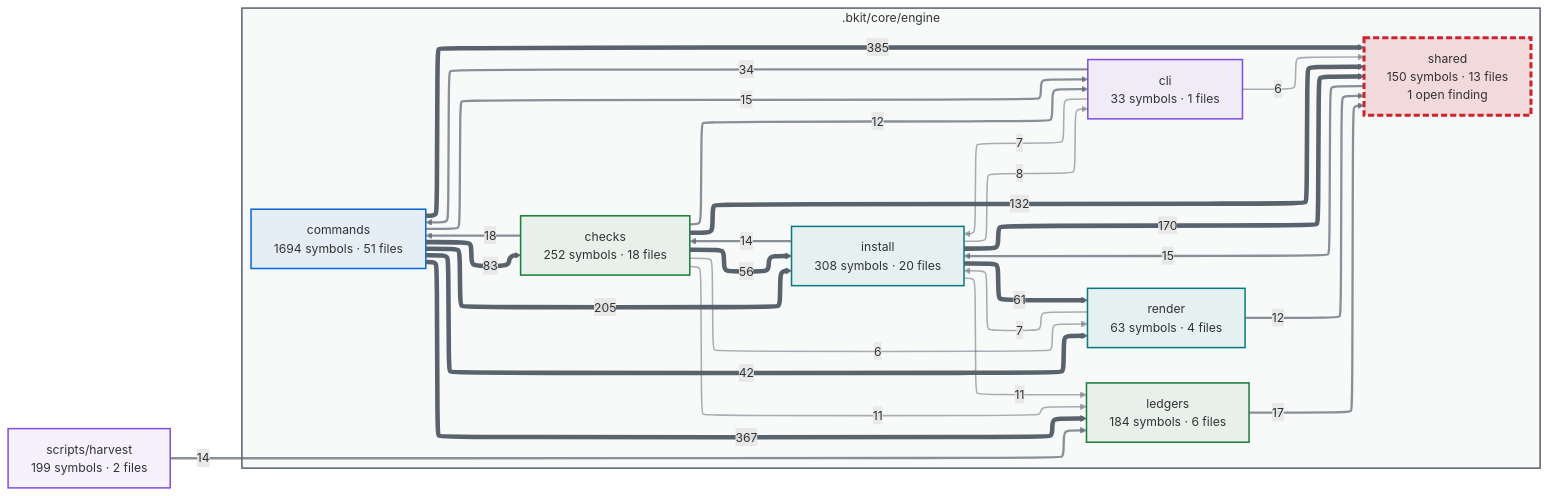
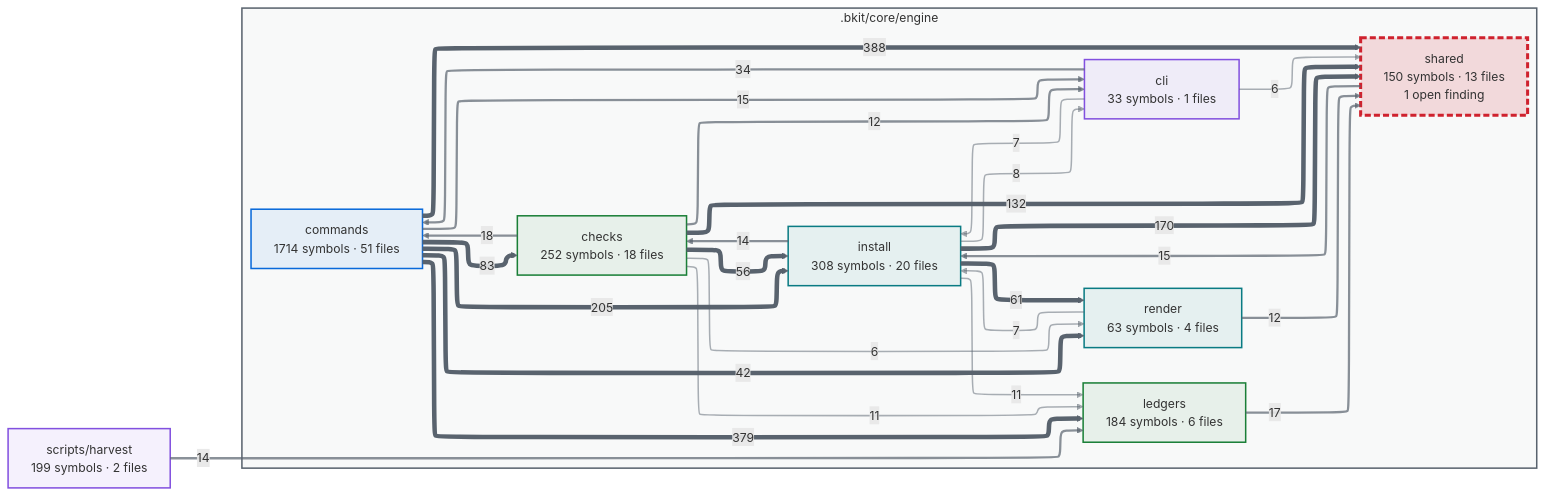
The first of 2 diagrams in docs/capabilities.md (cbartens/bkit), drawn with Mermaid before and after one commit. The commit also changed other lines of this file and 193 other files, not shown here.

````diff
--- a/docs/capabilities.md
+++ b/docs/capabilities.md
@@ -154,80 +154,80 @@
 ```mermaid
 ---
 config:
   layout: elk
   themeCSS: "marker { overflow: visible; } marker path { transform: scale(1.8); transform-origin: 5px 5px; }"
   flowchart:
     useMaxWidth: false
 ---
 flowchart LR
   %% Generated by bkit-graphify-rollup.py — do not edit
   subgraph gn_bkit_core_engine[".bkit/core/engine"]
     n_bkit_core_engine_checks["checks<br/>252 symbols · 18 files"]
     n_bkit_core_engine_cli["cli<br/>33 symbols · 1 files"]
-    n_bkit_core_engine_commands["commands<br/>1694 symbols · 51 files"]
+    n_bkit_core_engine_commands["commands<br/>1714 symbols · 51 files"]
     n_bkit_core_engine_install["install<br/>308 symbols · 20 files"]
     n_bkit_core_engine_ledgers["ledgers<br/>184 symbols · 6 files"]
     n_bkit_core_engine_render["render<br/>63 symbols · 4 files"]
     n_bkit_core_engine_shared["shared<br/>150 symbols · 13 files<br/>1 open finding"]
   end
   nscripts_harvest["scripts/harvest<br/>199 symbols · 2 files"]
-  n_bkit_core_engine_commands -->|385| n_bkit_core_engine_shared
-  n_bkit_core_engine_commands -->|367| n_bkit_core_engine_ledgers
+  n_bkit_core_engine_commands -->|388| n_bkit_core_engine_shared
+  n_bkit_core_engine_commands -->|379| n_bkit_core_engine_ledgers
   n_bkit_core_engine_commands -->|205| n_bkit_core_engine_install
   n_bkit_core_engine_install -->|170| n_bkit_core_engine_shared
   n_bkit_core_engine_checks -->|132| n_bkit_core_engine_shared
   n_bkit_core_engine_commands -->|83| n_bkit_core_engine_checks
   n_bkit_core_engine_install -->|61| n_bkit_core_engine_render
   n_bkit_core_engine_checks -->|56| n_bkit_core_engine_install
   n_bkit_core_engine_commands -->|42| n_bkit_core_engine_render
   n_bkit_core_engine_cli -->|34| n_bkit_core_engine_commands
   n_bkit_core_engine_checks -->|18| n_bkit_core_engine_commands
   n_bkit_core_engine_ledgers -->|17| n_bkit_core_engine_shared
   n_bkit_core_engine_shared -->|15| n_bkit_core_engine_install
   n_bkit_core_engine_commands -->|15| n_bkit_core_engine_cli
   n_bkit_core_engine_install -->|14| n_bkit_core_engine_checks
   nscripts_harvest -->|14| n_bkit_core_engine_ledgers
   n_bkit_core_engine_checks -->|12| n_bkit_core_engine_cli
   n_bkit_core_engine_render -->|12| n_bkit_core_engine_shared
   n_bkit_core_engine_checks -->|11| n_bkit_core_engine_ledgers
   n_bkit_core_engine_install -->|11| n_bkit_core_engine_ledgers
   n_bkit_core_engine_install -->|8| n_bkit_core_engine_cli
   n_bkit_core_engine_cli -->|7| n_bkit_core_engine_install
   n_bkit_core_engine_render -->|7| n_bkit_core_engine_install
   n_bkit_core_engine_checks -->|6| n_bkit_core_engine_render
   n_bkit_core_engine_cli -->|6| n_bkit_core_engine_shared
   style gn_bkit_core_engine fill:#59636e0a,stroke:#59636e,stroke-width:2px
   style n_bkit_core_engine_checks stroke:#1a7f37,stroke-width:2px,fill:#1a7f3714
   style n_bkit_core_engine_cli stroke:#8250df,stroke-width:2px,fill:#8250df14
   style n_bkit_core_engine_commands stroke:#0969da,stroke-width:2px,fill:#0969da14
   style n_bkit_core_engine_install stroke:#0a7b83,stroke-width:2px,fill:#0a7b8314
   style n_bkit_core_engine_ledgers stroke:#1a7f37,stroke-width:2px,fill:#1a7f3714
   style n_bkit_core_engine_render stroke:#0a7b83,stroke-width:2px,fill:#0a7b8314
   style n_bkit_core_engine_shared stroke:#cf222e,stroke-width:4px,stroke-dasharray:8 4,fill:#cf222e26
   style nscripts_harvest stroke:#8250df,stroke-width:2px,fill:#8250df14
   linkStyle 0 stroke:#59636e,stroke-width:6px
   linkStyle 1 stroke:#59636e,stroke-width:6px
   linkStyle 2 stroke:#59636e,stroke-width:6px
   linkStyle 3 stroke:#59636e,stroke-width:6px
   linkStyle 4 stroke:#59636e,stroke-width:6px
   linkStyle 5 stroke:#59636e,stroke-width:6px
   linkStyle 6 stroke:#59636e,stroke-width:6px
   linkStyle 7 stroke:#59636e,stroke-width:6px
   linkStyle 8 stroke:#59636e,stroke-width:6px
   linkStyle 9 stroke:#59636eb3,stroke-width:3px
   linkStyle 10 stroke:#59636eb3,stroke-width:3px
   linkStyle 11 stroke:#59636eb3,stroke-width:3px
   linkStyle 12 stroke:#59636eb3,stroke-width:3px
   linkStyle 13 stroke:#59636eb3,stroke-width:3px
   linkStyle 14 stroke:#59636eb3,stroke-width:3px
   linkStyle 15 stroke:#59636eb3,stroke-width:3px
   linkStyle 16 stroke:#59636eb3,stroke-width:3px
   linkStyle 17 stroke:#59636eb3,stroke-width:3px
   linkStyle 18 stroke:#59636e80,stroke-width:2px
   linkStyle 19 stroke:#59636e80,stroke-width:2px
   linkStyle 20 stroke:#59636e80,stroke-width:2px
   linkStyle 21 stroke:#59636e80,stroke-width:2px
   linkStyle 22 stroke:#59636e80,stroke-width:2px
   linkStyle 23 stroke:#59636e80,stroke-width:2px
   linkStyle 24 stroke:#59636e80,stroke-width:2px
 ```
````
